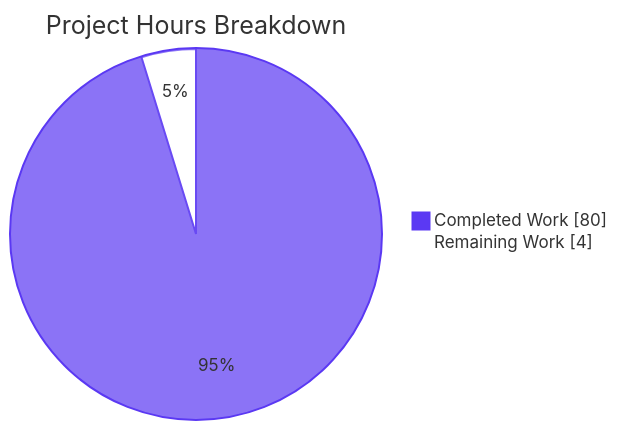
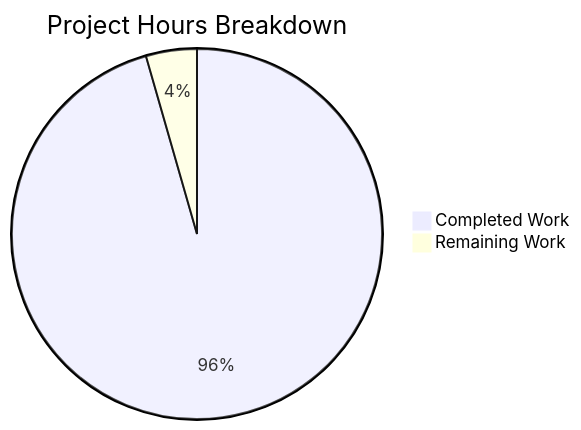
The second of 3 diagrams in blitzy/documentation/Project Guide.md (Blitzy-Sandbox/blitzy-WebVella-ERP), drawn with Mermaid before and after one commit. The commit also changed other lines of this file, not shown here.

Commit message:
Adding Blitzy Project Guide: Project Status and Human Tasks Remaining

````diff
--- a/blitzy/documentation/Project Guide.md
+++ b/blitzy/documentation/Project Guide.md
@@ -313,6 +305,5 @@
 ```mermaid
-%%{init: {'theme':'base', 'themeVariables': {'pie1': '#5B39F3', 'pie2': '#FFFFFF', 'pieStrokeColor': '#5B39F3', 'pieOuterStrokeColor': '#5B39F3', 'pieOuterStrokeWidth': '2px'}}}%%
-pie showData title Project Hours Breakdown
-    "Completed Work" : 80
+pie title Project Hours Breakdown
+    "Completed Work" : 86
     "Remaining Work" : 4
 ```
````
